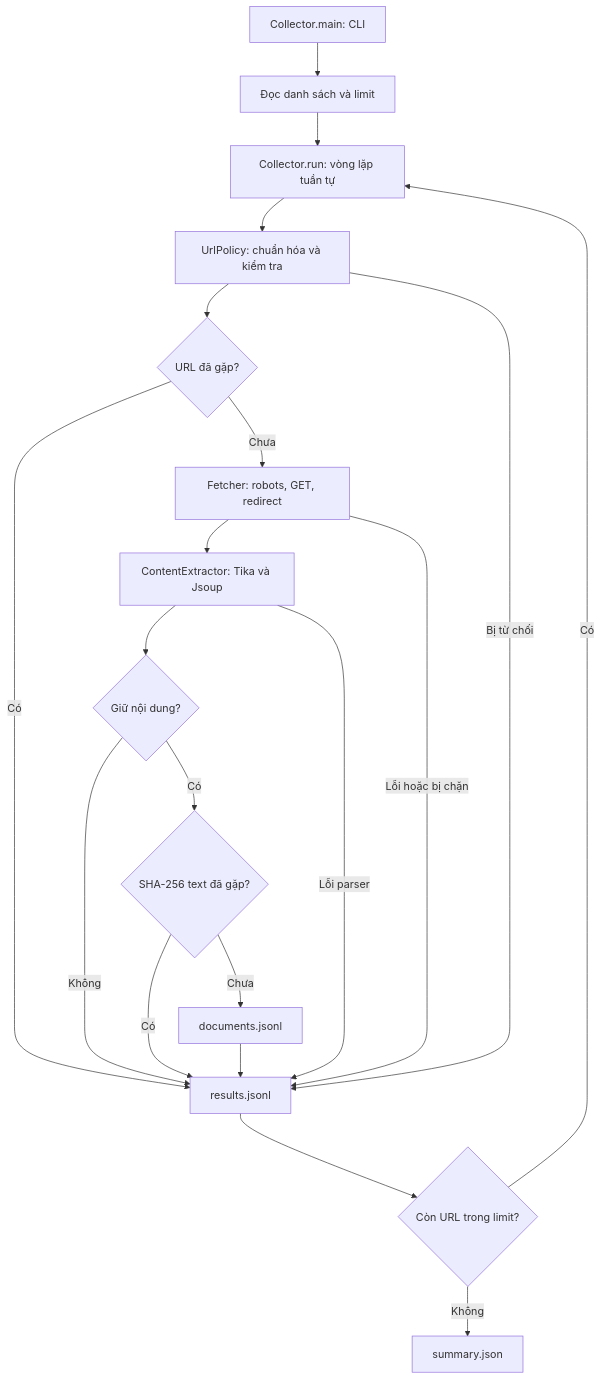
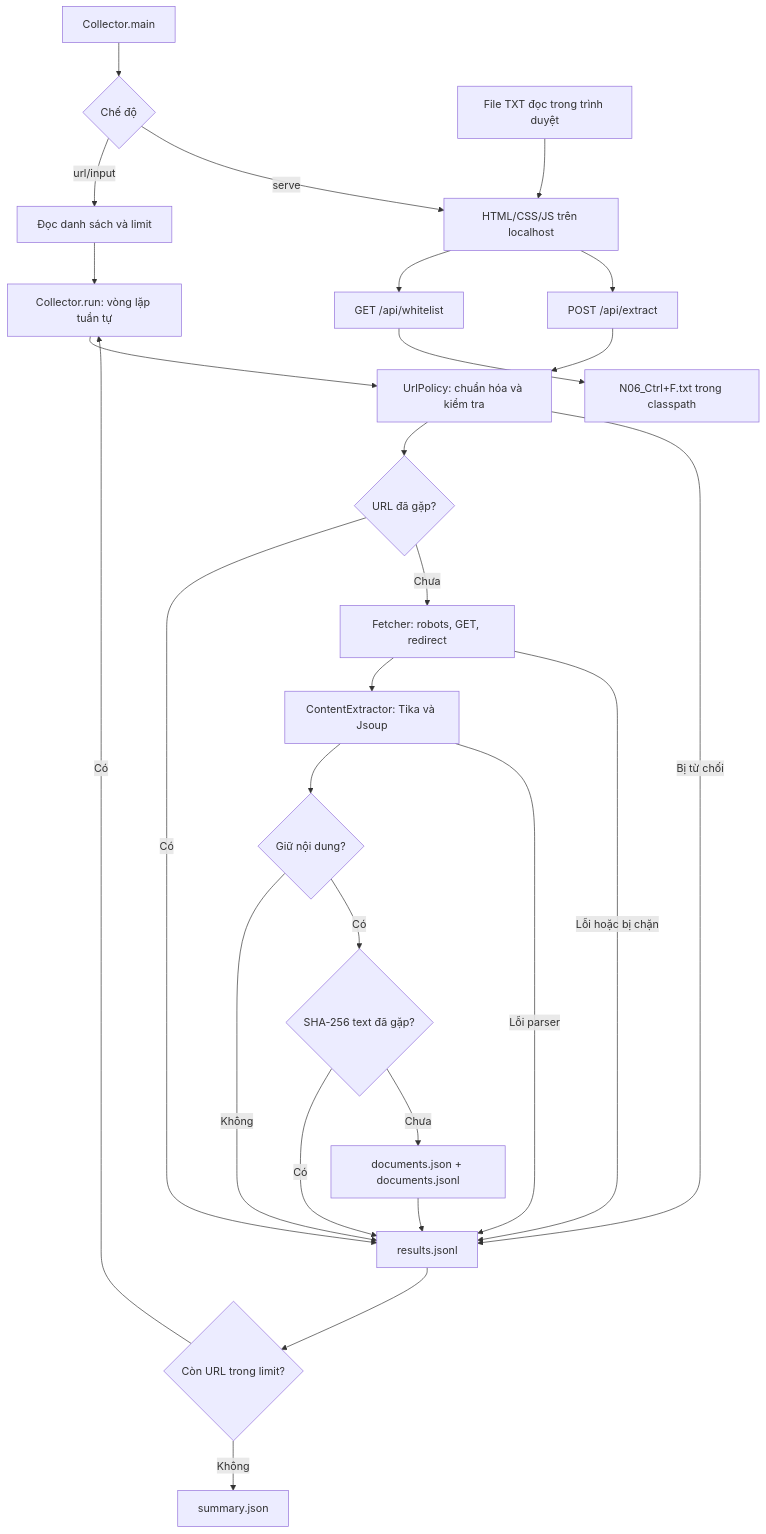
One commit to dungx48/it4863-content-collector changed the diagram in docs/architecture.md. Above: the diagram before and after it, drawn with Mermaid. The commit also changed other lines of this file and 19 other files, not shown here.

````diff
--- a/docs/architecture.md
+++ b/docs/architecture.md
@@ -25,22 +25,29 @@
 ```mermaid
 flowchart TD
-    CLI[Collector.main: CLI] --> Input[Đọc danh sách và limit]
+    CLI[Collector.main] --> Mode{Chế độ}
+    Mode -->|url/input| Input[Đọc danh sách và limit]
+    Mode -->|serve| UI[HTML/CSS/JS trên localhost]
+    UI --> Suggest[GET /api/whitelist]
+    Suggest --> White[N06_Ctrl+F.txt trong classpath]
+    UI --> API[POST /api/extract]
+    Import[File TXT đọc trong trình duyệt] --> UI
+    API --> Policy
     Input --> Batch[Collector.run: vòng lặp tuần tự]
     Batch --> Policy[UrlPolicy: chuẩn hóa và kiểm tra]
     Policy --> Seen{URL đã gặp?}
     Seen -->|Có| Result[results.jsonl]
     Seen -->|Chưa| Fetch[Fetcher: robots, GET, redirect]
     Fetch --> Extract[ContentExtractor: Tika và Jsoup]
     Extract --> Keep{Giữ nội dung?}
     Keep -->|Không| Result
     Keep -->|Có| Hash{SHA-256 text đã gặp?}
     Hash -->|Có| Result
-    Hash -->|Chưa| Docs[documents.jsonl]
+    Hash -->|Chưa| Docs[documents.json + documents.jsonl]
     Docs --> Result
     Policy -->|Bị từ chối| Result
     Fetch -->|Lỗi hoặc bị chặn| Result
     Extract -->|Lỗi parser| Result
     Result --> Next{Còn URL trong limit?}
     Next -->|Có| Batch
     Next -->|Không| Summary[summary.json]
 ```
````
